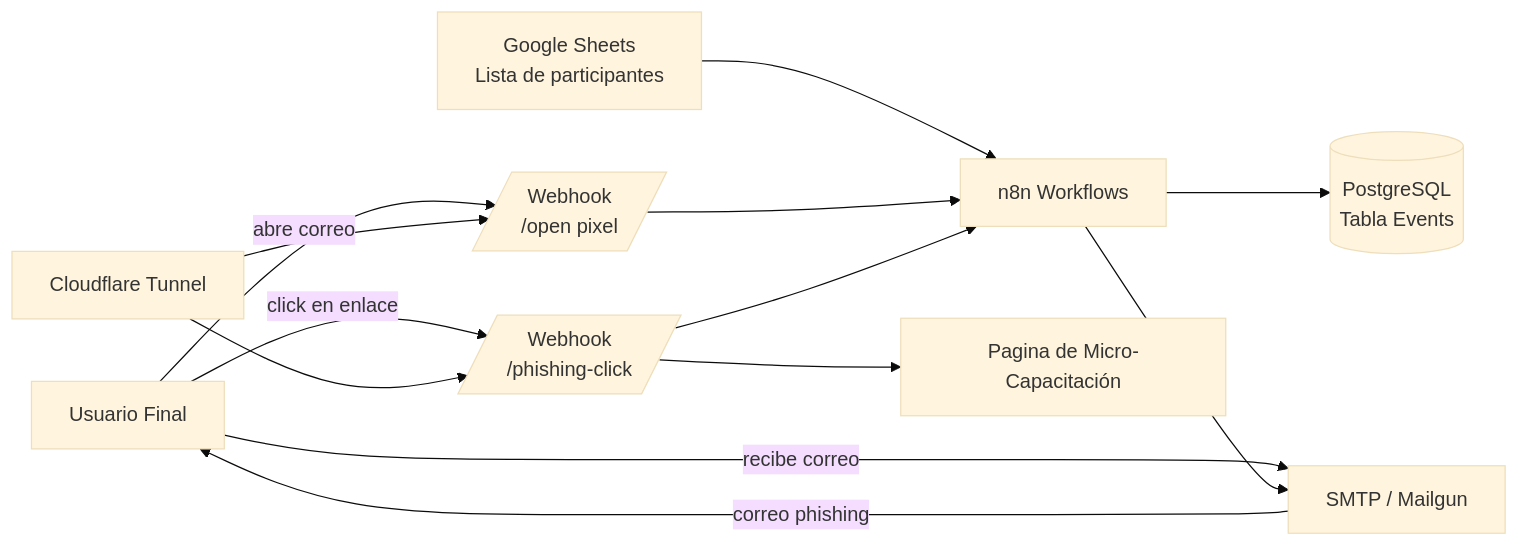
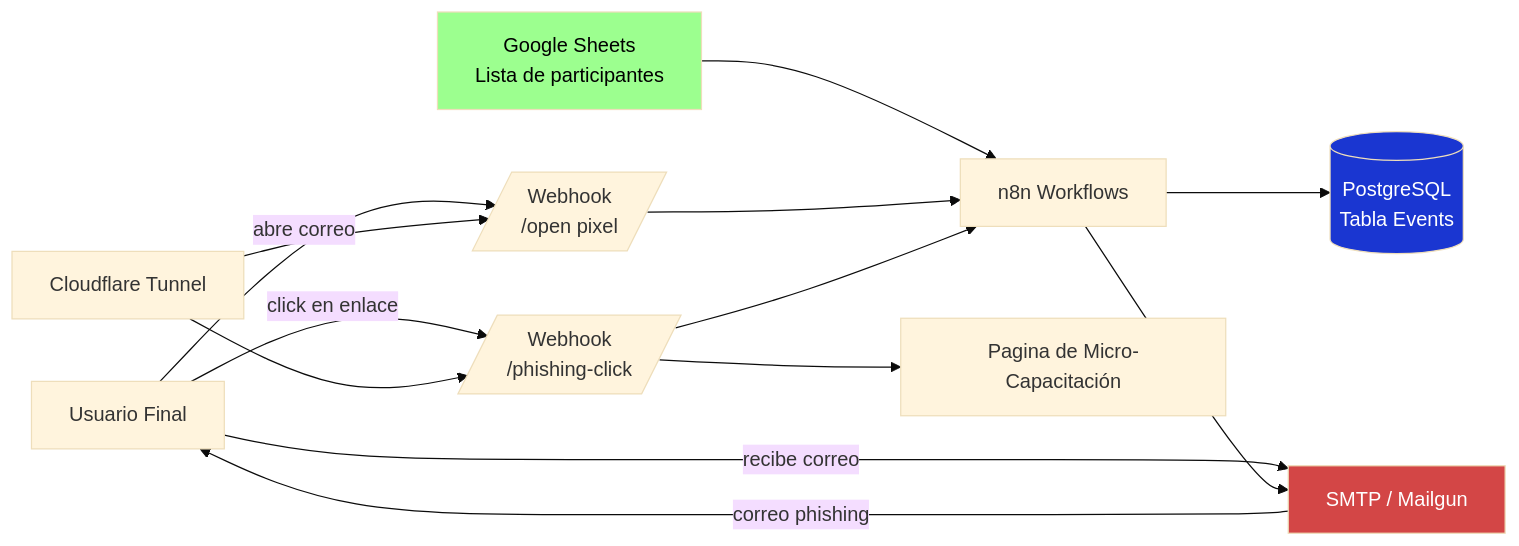
The third of 3 diagrams in Docs/proyecto.md (MestreFrancisco/hooklight-thesis), drawn with Mermaid (base theme) before and after one commit. The commit also changed other lines of this file, not shown here.

````diff
--- a/Docs/proyecto.md
+++ b/Docs/proyecto.md
@@ -75,40 +75,45 @@
 ```mermaid
 flowchart LR
 
 User[Usuario Final]
 
 Sheets[Google Sheets\nLista de participantes]
 
 n8n[n8n Workflows]
 
 Mailgun[SMTP / Mailgun]
 
 Cloudflare[Cloudflare Tunnel]
 
 WebhookOpen[/Webhook\n/open pixel/]
 
 WebhookClick[/Webhook\n/phishing-click/]
 
 DB[(PostgreSQL\nTabla Events)]
 
 Training[Pagina de Micro-Capacitación]
 
 User -->|recibe correo| Mailgun
 Sheets --> n8n
 n8n --> Mailgun
 
 Mailgun -->|correo phishing| User
 
 User -->|abre correo| WebhookOpen
 User -->|click en enlace| WebhookClick
 
 WebhookOpen --> n8n
 WebhookClick --> n8n
 
 n8n --> DB
 
 WebhookClick --> Training
 
 Cloudflare --> WebhookOpen
 Cloudflare --> WebhookClick
+
+style Sheets fill: #9cff8f , color:black
+style DB fill: #1a36d1 , color:white
+style Mailgun fill: #d34646 , color:white
+
 ```
````
